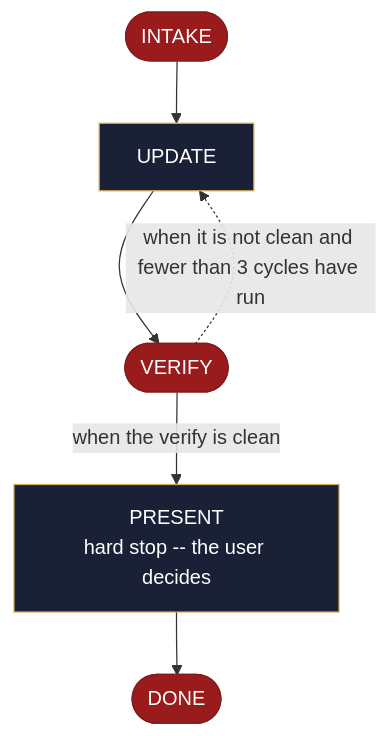
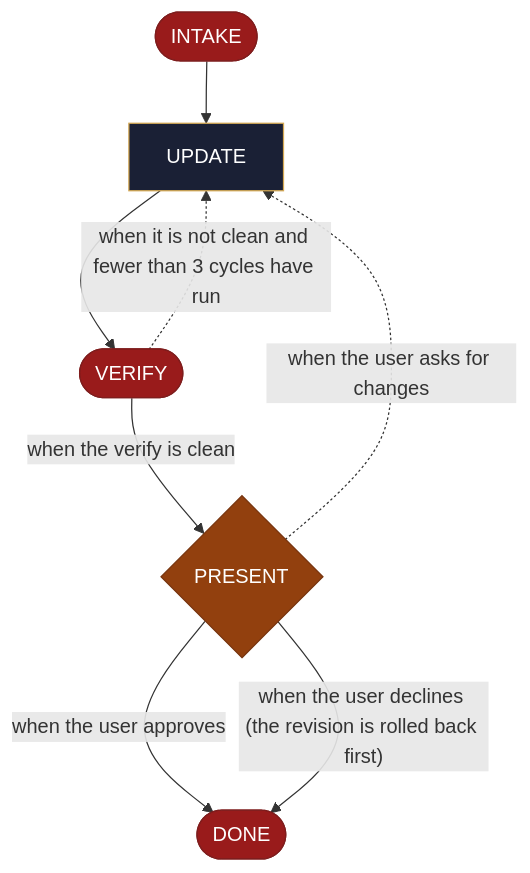
The diagram in site/src/content/docs/skills/aid-update-architecture.md (AndreVianna/aid-methodology), drawn with Mermaid before and after one commit. The commit also changed other lines of this file and 253 other files, not shown here.

````diff
--- a/site/src/content/docs/skills/aid-update-architecture.md
+++ b/site/src/content/docs/skills/aid-update-architecture.md
@@ -20,29 +20,31 @@
 ```mermaid
 flowchart TB
   classDef aidNode color:#fff
   classDef aidEntry fill:#166534,stroke:#14532d,color:#fff
   classDef aidExit fill:#991b1b,stroke:#7f1d1d,color:#fff
   classDef aidDecision fill:#92400e,stroke:#78350f,color:#fff
   classDef aidLoopBack fill:#1e3a8a,stroke:#1e3a8a,color:#fff
   classDef aidStep fill:#1a2035,stroke:#d4a853,color:#f1f5f9
   n1(["INTAKE"])
   n2["UPDATE"]
   n3(["VERIFY"])
-  n4["PRESENT<br/>hard stop -- the user decides"]
+  n4{"PRESENT"}
   n5(["DONE"])
   n1 --> n2
   n2 --> n3
   n3 -. "when it is not clean and fewer than 3 cycles have run" .-> n2
   n3 -->|"when the verify is clean"| n4
-  n4 --> n5
+  n4 -. "when the user asks for changes" .-> n2
+  n4 -->|"when the user approves"| n5
+  n4 -->|"when the user declines (the revision is rolled back first)"| n5
   class n1 aidExit
   class n2 aidStep
   class n3 aidExit
-  class n4 aidStep
+  class n4 aidDecision
   class n5 aidExit
   class n1 aidNode
   class n2 aidNode
   class n3 aidNode
   class n4 aidNode
   class n5 aidNode
 ```
````
